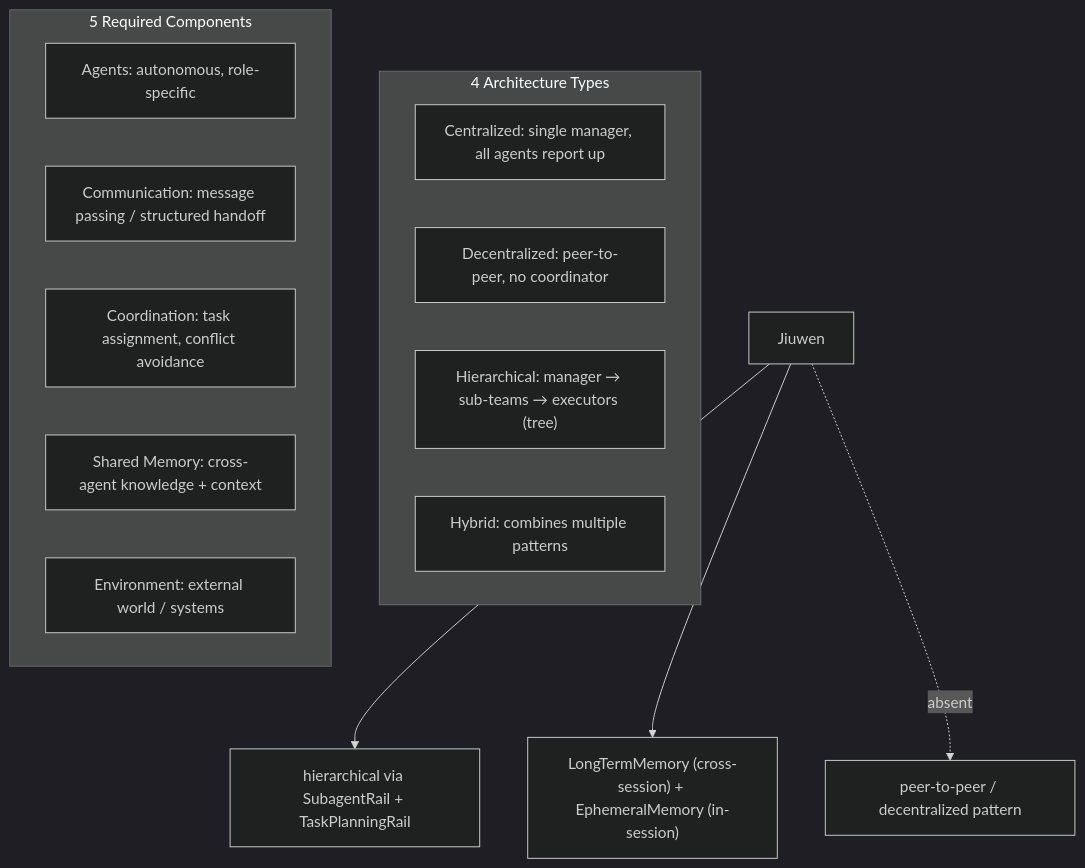
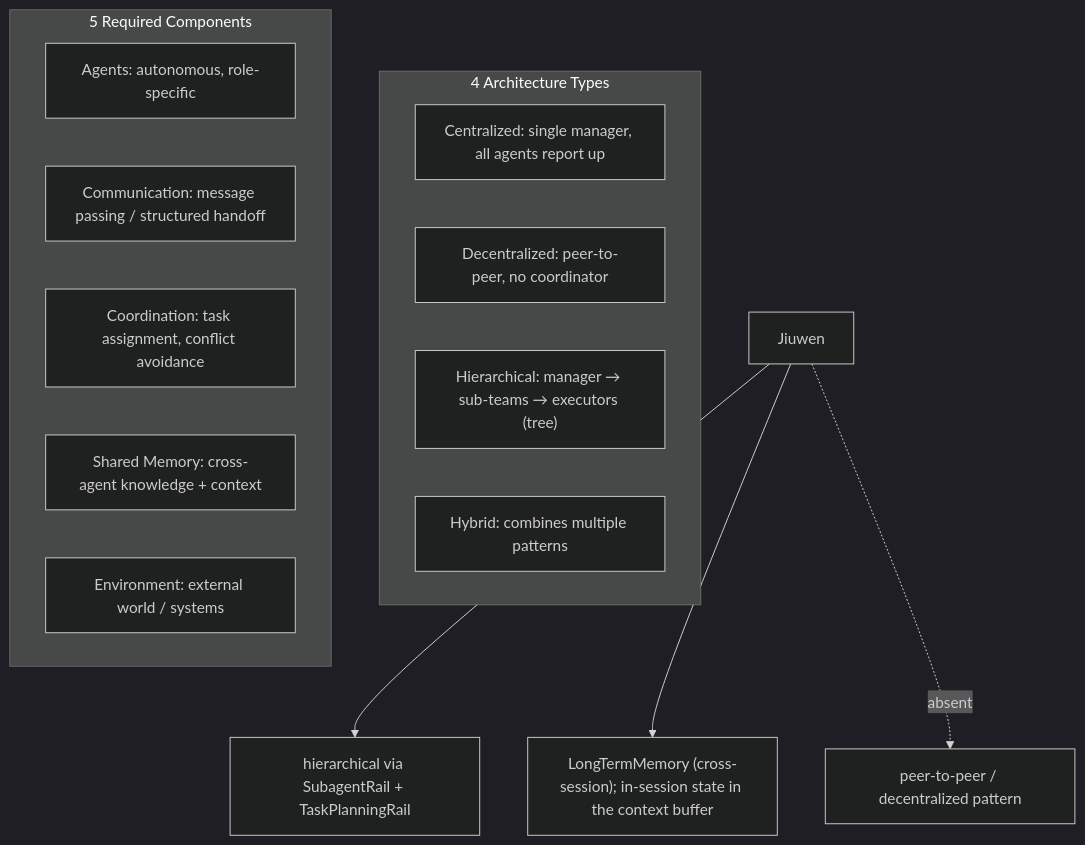
Before and after one commit to michaelatamuk/openjiuwen-knowledge: the seventh of 7 diagrams in content/topics/09-multi-agent-systems.md, drawn with Mermaid (dark theme). The commit also changed other lines of this file and 47 other files, not shown here.

````diff
--- a/content/topics/09-multi-agent-systems.md
+++ b/content/topics/09-multi-agent-systems.md
@@ -196,19 +196,19 @@
 ```mermaid
 flowchart TD
     subgraph ARCH["4 Architecture Types"]
     CENT["Centralized: single manager, all agents report up"]
     DECENT["Decentralized: peer-to-peer, no coordinator"]
     HIER["Hierarchical: manager → sub-teams → executors (tree)"]
     HYB["Hybrid: combines multiple patterns"]
     end
     subgraph COMP["5 Required Components"]
     AG["Agents: autonomous, role-specific"]
     COMM["Communication: message passing / structured handoff"]
     COORD["Coordination: task assignment, conflict avoidance"]
     MEM["Shared Memory: cross-agent knowledge + context"]
     ENV["Environment: external world / systems"]
     end
     JIW["Jiuwen"] --> HIER_J["hierarchical via SubagentRail + TaskPlanningRail"]
-    JIW --> MEM_J["LongTermMemory (cross-session) + EphemeralMemory (in-session)"]
+    JIW --> MEM_J["LongTermMemory (cross-session); in-session state in the context buffer"]
     JIW -.->|"absent"| P2P["peer-to-peer / decentralized pattern"]
 ```
````
